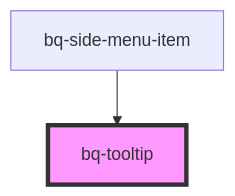
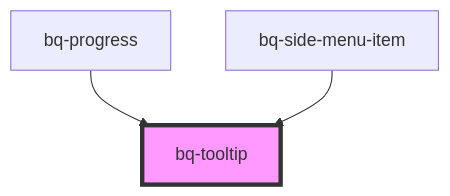
One commit to Endava/BEEQ changed the diagram in packages/beeq/src/components/tooltip/readme.md. Above: the diagram before and after it, drawn with Mermaid. The commit also changed other lines of this file and 6 other files, not shown here.

Commit message:
feat(Progress): refactor logic for tooltip progress bar value

````diff
--- a/packages/beeq/src/components/tooltip/readme.md
+++ b/packages/beeq/src/components/tooltip/readme.md
@@ -60,5 +61,6 @@
 ```mermaid
 graph TD;
+  bq-progress --> bq-tooltip
   bq-side-menu-item --> bq-tooltip
   style bq-tooltip fill:#f9f,stroke:#333,stroke-width:4px
 ```
````
